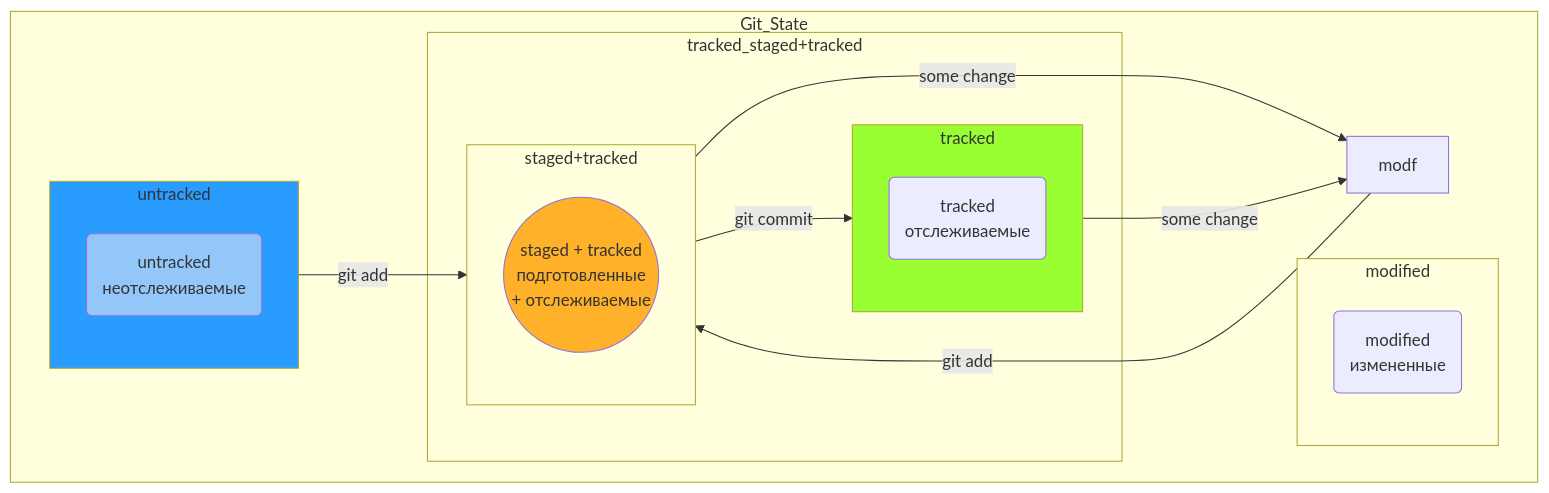
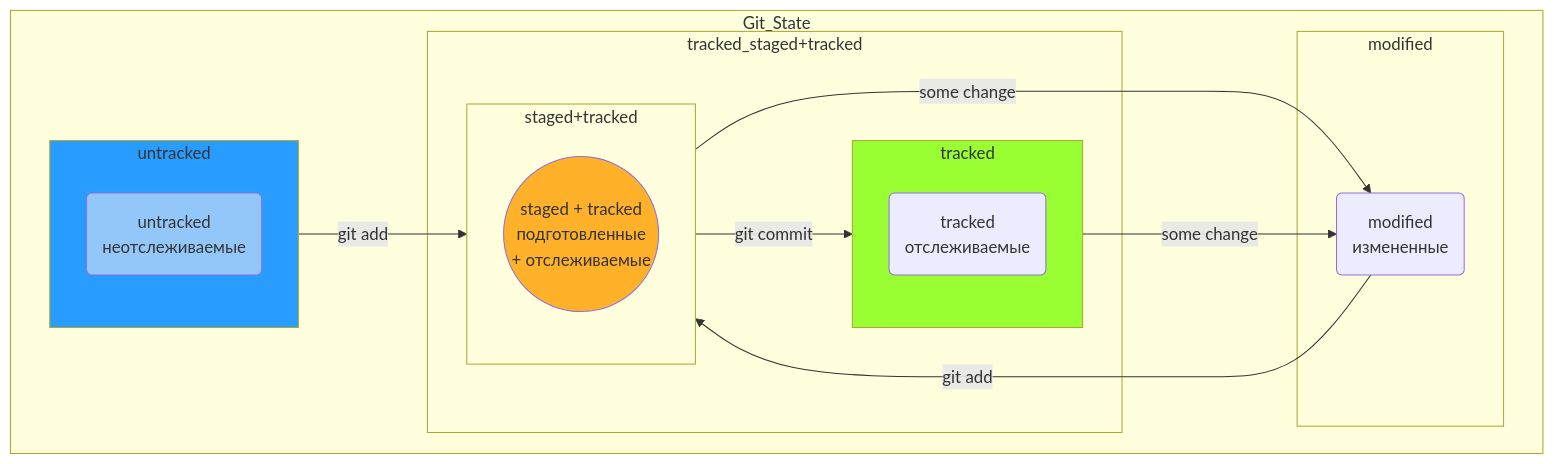
One commit to AleksandrVakarin/GitInstructionMermaid changed the diagram in README.md. Above: the diagram before and after it, drawn with Mermaid.

````diff
--- a/README.md
+++ b/README.md
@@ -93,45 +93,45 @@
 ```mermaid
 flowchart TD;
 	
 	stgd((staged + tracked<br>подготовленные<br> + отслеживаемые))
 	mdf(modified<br>измененные)
 	untr(untracked<br>неотслеживаемые)
 	trcd(tracked<br>отслеживаемые)
 
 
 	subgraph Git_State
 
 		subgraph tracked_staged+tracked
 
 			subgraph tracked
 				trcd
 			end
 
 			subgraph staged+tracked
 				stgd
 			end
 
 		end
 
 
 		subgraph modified 
 			mdf
 		end
 
 
 		subgraph untracked
 			untr
 		end
 		
 		untracked-- git add -->staged+tracked
-		modf-- git add --> staged+tracked
-		staged+tracked-- some change -->modf
+		mdf-- git add --> staged+tracked
+		staged+tracked-- some change -->mdf
 		staged+tracked-- git commit -->tracked
-		tracked-- some change -->modf
+		tracked-- some change -->mdf
 	end
 
 	style stgd fill: #FFB129
 	style untr fill: #93C7FA
 	style untracked fill: #299CFF
 	style tracked fill: #99FF33
 ```
````
